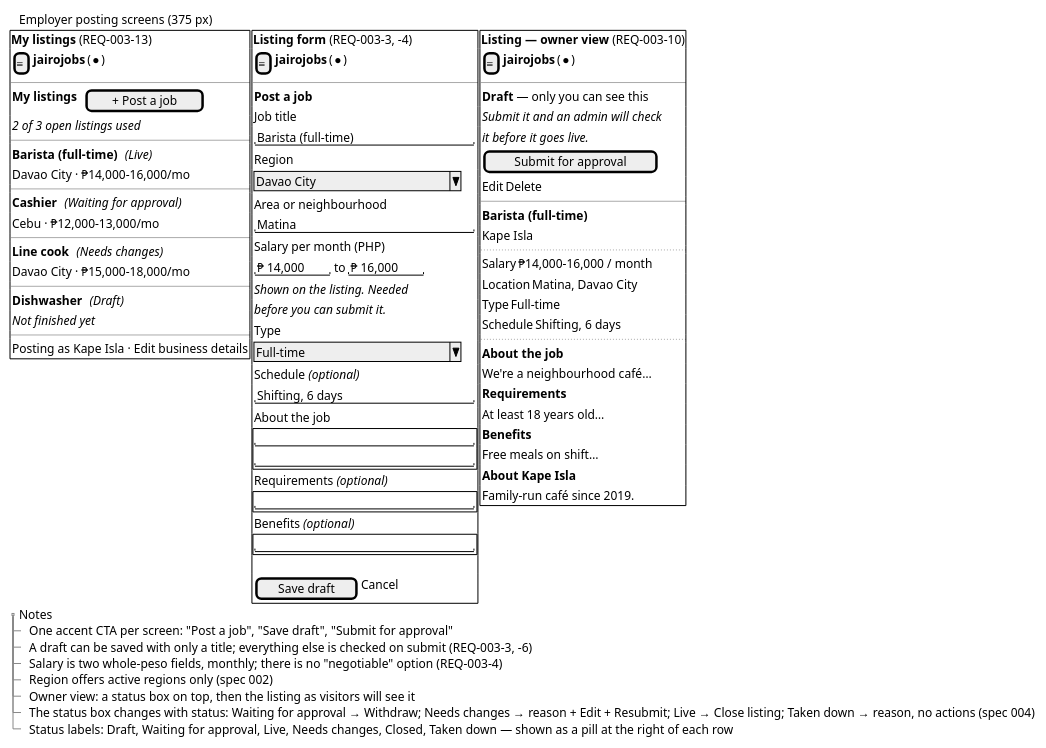
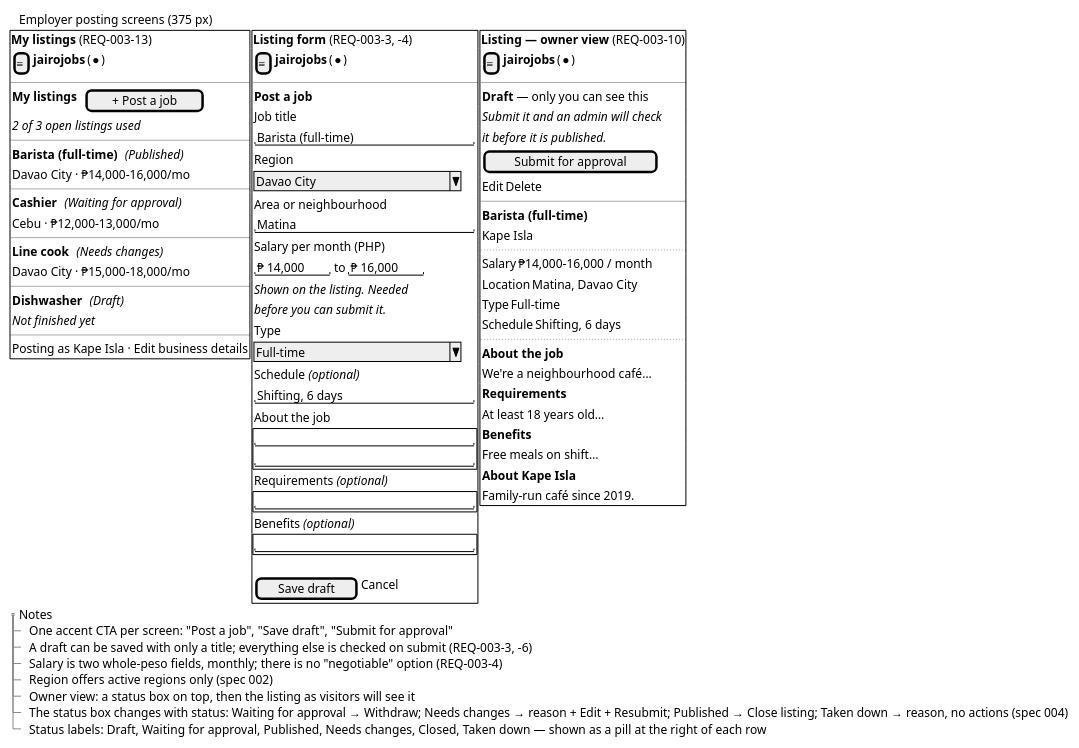
The diagram in docs/specs/003-listings-employer-posting/diagrams/wireframe-posting.puml (raseniero/jairojobs-elixir), drawn with PlantUML before and after one commit. The commit also changed 38 other files, not shown here.

Commit message:
refactor(listings): the Published status is called "Published" on screens, in email and in the Admin list's address, no longer "Live" (REQ-003-9, REQ-003-10, REQ-004-3, REQ-004-7, REQ-004-9)

```diff
--- a/docs/specs/003-listings-employer-posting/diagrams/wireframe-posting.puml
+++ b/docs/specs/003-listings-employer-posting/diagrams/wireframe-posting.puml
@@ -1,96 +1,96 @@
 @startsalt wireframe-posting
 ' Spec 003 — employer posting screens at phone width (REQ-003-3, -4, -10, -13).
 ' Wireframe only — not a visual design.
 
 {
   {T
     + Employer posting screens (375 px)
   }
   {
     {+ <b>My listings</b> (REQ-003-13)
       { [≡] | <b>jairojobs</b> | (●) }
       --
       { <b>My listings</b> | . | [ + Post a job ] }
       { <i>2 of 3 open listings used</i> }
       --
-      { <b>Barista (full-time)</b> | . | <i>(Live)</i> }
+      { <b>Barista (full-time)</b> | . | <i>(Published)</i> }
       { Davao City · ₱14,000–16,000/mo }
       --
       { <b>Cashier</b> | . | <i>(Waiting for approval)</i> }
       { Cebu · ₱12,000–13,000/mo }
       --
       { <b>Line cook</b> | . | <i>(Needs changes)</i> }
       { Davao City · ₱15,000–18,000/mo }
       --
       { <b>Dishwasher</b> | . | <i>(Draft)</i> }
       { <i>Not finished yet</i> }
       --
       { Posting as Kape Isla · Edit business details }
     } |
     {+ <b>Listing form</b> (REQ-003-3, -4)
       { [≡] | <b>jairojobs</b> | (●) }
       --
       { <b>Post a job</b> }
       { Job title }
       { "Barista (full-time)        " }
       { Region }
       { ^Davao City              ^ }
       { Area or neighbourhood }
       { "Matina                     " }
       { Salary per month (PHP) }
       { "₱ 14,000 " | to | "₱ 16,000 " }
       { <i>Shown on the listing. Needed</i> }
       { <i>before you can submit it.</i> }
       { Type }
       { ^Full-time               ^ }
       { Schedule <i>(optional)</i> }
       { "Shifting, 6 days           " }
       { About the job }
       {+ "                           "
          "                           " }
       { Requirements <i>(optional)</i> }
       {+ "                           " }
       { Benefits <i>(optional)</i> }
       {+ "                           " }
       .
       { [ Save draft ] | Cancel }
     } |
     {+ <b>Listing — owner view</b> (REQ-003-10)
       { [≡] | <b>jairojobs</b> | (●) }
       --
       { <b>Draft</b> — only you can see this }
       { <i>Submit it and an admin will check</i> }
-      { <i>it before it goes live.</i> }
+      { <i>it before it is published.</i> }
       { [ Submit for approval ] }
       { Edit | Delete }
       --
       { <b>Barista (full-time)</b> }
       { Kape Isla }
       ..
       { Salary | ₱14,000–16,000 / month }
       { Location | Matina, Davao City }
       { Type | Full-time }
       { Schedule | Shifting, 6 days }
       ..
       { <b>About the job</b> }
       { We're a neighbourhood café… }
       { <b>Requirements</b> }
       { At least 18 years old… }
       { <b>Benefits</b> }
       { Free meals on shift… }
       { <b>About Kape Isla</b> }
       { Family-run café since 2019. }
     }
   }
   {T
     + Notes
     ++ One accent CTA per screen: "Post a job", "Save draft", "Submit for approval"
     ++ A draft can be saved with only a title; everything else is checked on submit (REQ-003-3, -6)
     ++ Salary is two whole-peso fields, monthly; there is no "negotiable" option (REQ-003-4)
     ++ Region offers active regions only (spec 002)
     ++ Owner view: a status box on top, then the listing as visitors will see it
-    ++ The status box changes with status: Waiting for approval → Withdraw; Needs changes → reason + Edit + Resubmit; Live → Close listing; Taken down → reason, no actions (spec 004)
-    ++ Status labels: Draft, Waiting for approval, Live, Needs changes, Closed, Taken down — shown as a pill at the right of each row
+    ++ The status box changes with status: Waiting for approval → Withdraw; Needs changes → reason + Edit + Resubmit; Published → Close listing; Taken down → reason, no actions (spec 004)
+    ++ Status labels: Draft, Waiting for approval, Published, Needs changes, Closed, Taken down — shown as a pill at the right of each row
   }
 }
 @endsalt
```
